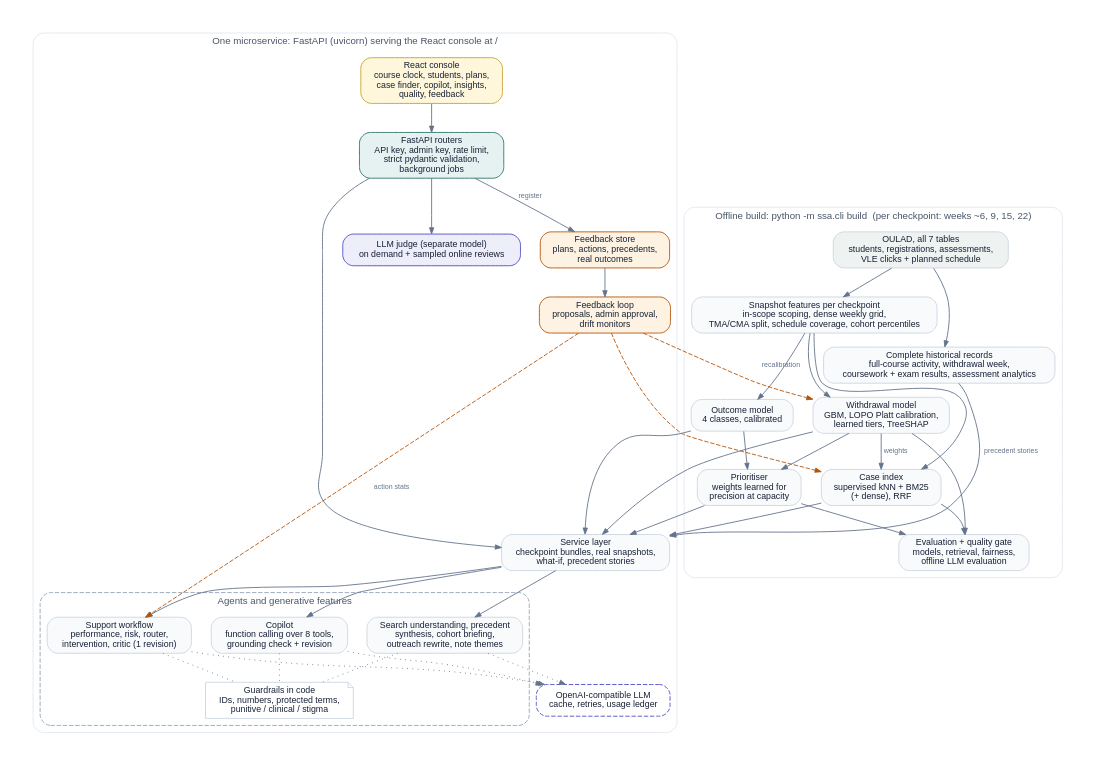
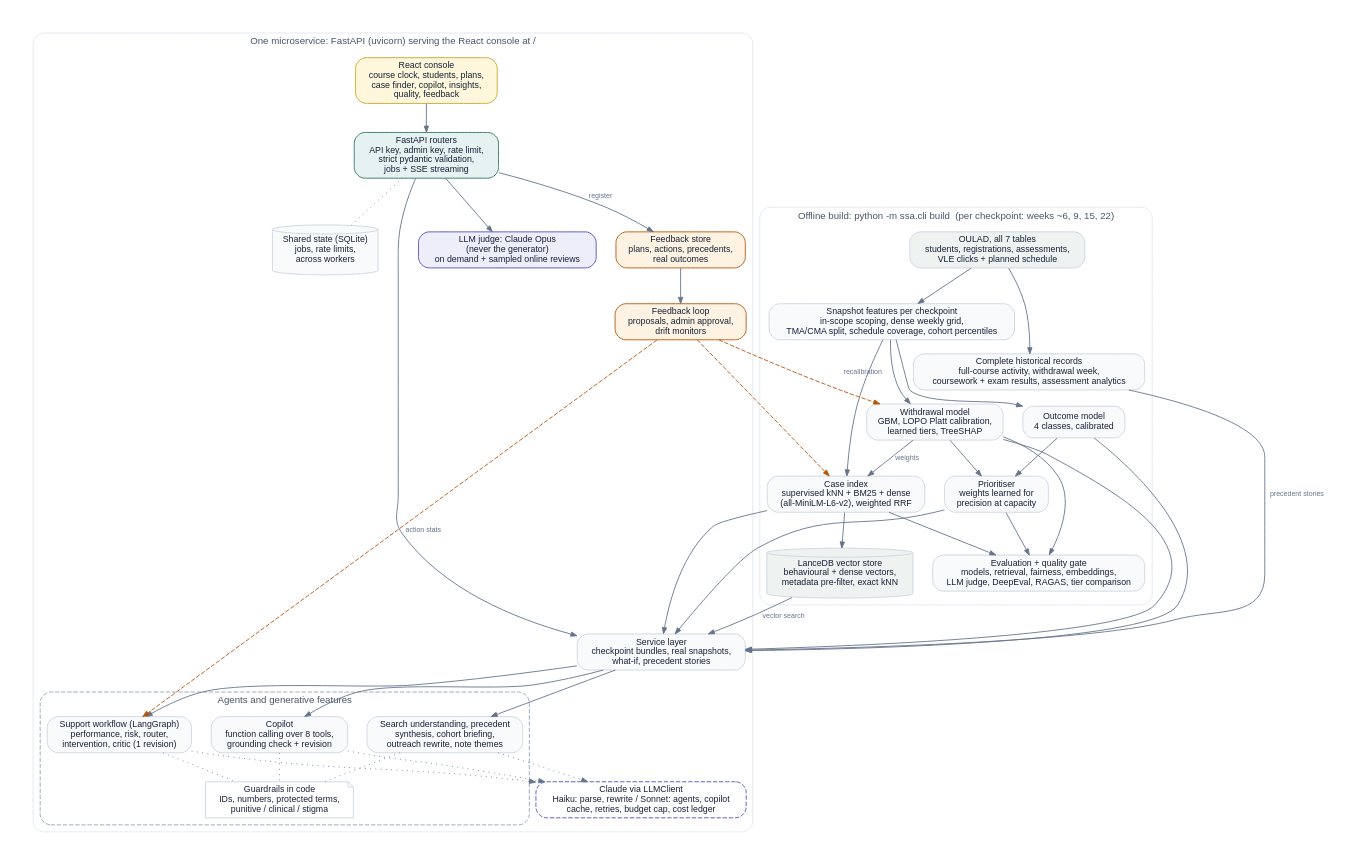
The diagram in docs/architecture.dot (stealthynugget/student_success_assistant), drawn with Graphviz before and after one commit. The commit also changed 57 other files, not shown here.

First line of the commit message:
Evaluation and documentation for the rubric: RAGAS, LLM and embedding comparisons, human review

```diff
--- a/docs/architecture.dot
+++ b/docs/architecture.dot
@@ -1,39 +1,41 @@
 digraph SSA {
   graph [rankdir=TB, newrank=true, fontname="Helvetica", fontsize=11, bgcolor="white", pad=0.3, nodesep=0.3, ranksep=0.45, splines=true];
   node  [shape=box, style="rounded,filled", fontname="Helvetica", fontsize=10, color="#CBD5E1", fillcolor="#F8FAFC", fontcolor="#172036"];
   edge  [color="#64748B", arrowsize=0.7, fontname="Helvetica", fontsize=8, fontcolor="#64748B"];
 
   subgraph cluster_data { label="Offline build: python -m ssa.cli build  (per checkpoint: weeks ~6, 9, 15, 22)"; style="rounded"; color="#E2E8F0"; fontcolor="#475569";
     raw [label="OULAD, all 7 tables\nstudents, registrations, assessments,\nVLE clicks + planned schedule", fillcolor="#EEF2F1"];
     feat [label="Snapshot features per checkpoint\nin-scope scoping, dense weekly grid,\nTMA/CMA split, schedule coverage, cohort percentiles"];
     full [label="Complete historical records\nfull-course activity, withdrawal week,\ncoursework + exam results, assessment analytics"];
     risk [label="Withdrawal model\nGBM, LOPO Platt calibration,\nlearned tiers, TreeSHAP"];
     out  [label="Outcome model\n4 classes, calibrated"];
     prio [label="Prioritiser\nweights learned for\nprecision at capacity"];
-    idx  [label="Case index\nsupervised kNN + BM25\n(+ dense), RRF"];
-    eval [label="Evaluation + quality gate\nmodels, retrieval, fairness,\noffline LLM evaluation"];
-    raw -> feat; raw -> full; feat -> risk; feat -> out; risk -> prio; out -> prio; feat -> idx; risk -> idx [label="weights"];
+    idx  [label="Case index\nsupervised kNN + BM25 + dense\n(all-MiniLM-L6-v2), weighted RRF"];
+    vdb  [label="LanceDB vector store\nbehavioural + dense vectors,\nmetadata pre-filter, exact kNN", shape=cylinder, fillcolor="#EEF2F1"];
+    eval [label="Evaluation + quality gate\nmodels, retrieval, fairness, embeddings,\nLLM judge, DeepEval, RAGAS, tier comparison"];
+    raw -> feat; raw -> full; feat -> risk; feat -> out; risk -> prio; out -> prio; feat -> idx; risk -> idx [label="weights"]; idx -> vdb;
     risk -> eval; prio -> eval; idx -> eval;
   }
 
   subgraph cluster_online { label="One microservice: FastAPI (uvicorn) serving the React console at /"; style="rounded"; color="#E2E8F0"; fontcolor="#475569";
     ui  [label="React console\ncourse clock, students, plans,\ncase finder, copilot, insights,\nquality, feedback", fillcolor="#FEF7DC", color="#C9A227"];
-    api [label="FastAPI routers\nAPI key, admin key, rate limit,\nstrict pydantic validation,\nbackground jobs", fillcolor="#E6F2F1", color="#2E7466"];
+    api [label="FastAPI routers\nAPI key, admin key, rate limit,\nstrict pydantic validation,\njobs + SSE streaming", fillcolor="#E6F2F1", color="#2E7466"];
+    shared [label="Shared state (SQLite)\njobs, rate limits,\nacross workers", shape=cylinder];
     svc [label="Service layer\ncheckpoint bundles, real snapshots,\nwhat-if, precedent stories"];
     subgraph cluster_agents { label="Agents and generative features"; style="rounded,dashed"; color="#94A3B8";
-      wf  [label="Support workflow\nperformance, risk, router,\nintervention, critic (1 revision)"];
+      wf  [label="Support workflow (LangGraph)\nperformance, risk, router,\nintervention, critic (1 revision)"];
       cop [label="Copilot\nfunction calling over 8 tools,\ngrounding check + revision"];
       gen [label="Search understanding, precedent\nsynthesis, cohort briefing,\noutreach rewrite, note themes"];
       grd [label="Guardrails in code\nIDs, numbers, protected terms,\npunitive / clinical / stigma", shape=note, fillcolor="#FFFFFF"];
     }
-    llm [label="OpenAI-compatible LLM\ncache, retries, usage ledger", style="rounded,dashed", fillcolor="#EEEEFB", color="#4C4BC2"];
-    jud [label="LLM judge (separate model)\non demand + sampled online reviews", fillcolor="#EEEEFB", color="#4C4BC2"];
+    llm [label="Claude via LLMClient\nHaiku: parse, rewrite / Sonnet: agents, copilot\ncache, retries, budget cap, cost ledger", style="rounded,dashed", fillcolor="#EEEEFB", color="#4C4BC2"];
+    jud [label="LLM judge: Claude Opus\n(never the generator)\non demand + sampled online reviews", fillcolor="#EEEEFB", color="#4C4BC2"];
     fb  [label="Feedback store\nplans, actions, precedents,\nreal outcomes", fillcolor="#FEF3E2", color="#B45309"];
     loop [label="Feedback loop\nproposals, admin approval,\ndrift monitors", fillcolor="#FEF3E2", color="#B45309"];
     ui -> api -> svc; svc -> wf; svc -> cop; svc -> gen; wf -> grd [style=dotted, arrowhead=none]; cop -> grd [style=dotted, arrowhead=none];
     gen -> grd [style=dotted, arrowhead=none]; wf -> llm [style=dotted]; cop -> llm [style=dotted]; gen -> llm [style=dotted];
-    api -> jud; api -> fb [label="register"]; fb -> loop;
+    api -> jud; api -> fb [label="register"]; fb -> loop; api -> shared [style=dotted, arrowhead=none];
   }
-  risk -> svc; out -> svc; prio -> svc; idx -> svc; full -> svc [label="precedent stories"];
+  risk -> svc; out -> svc; prio -> svc; idx -> svc; vdb -> svc [label="vector search"]; full -> svc [label="precedent stories"];
   loop -> idx [style=dashed, color="#B45309"]; loop -> wf [style=dashed, color="#B45309", label="action stats"]; loop -> risk [style=dashed, color="#B45309", label="recalibration"];
 }
```
